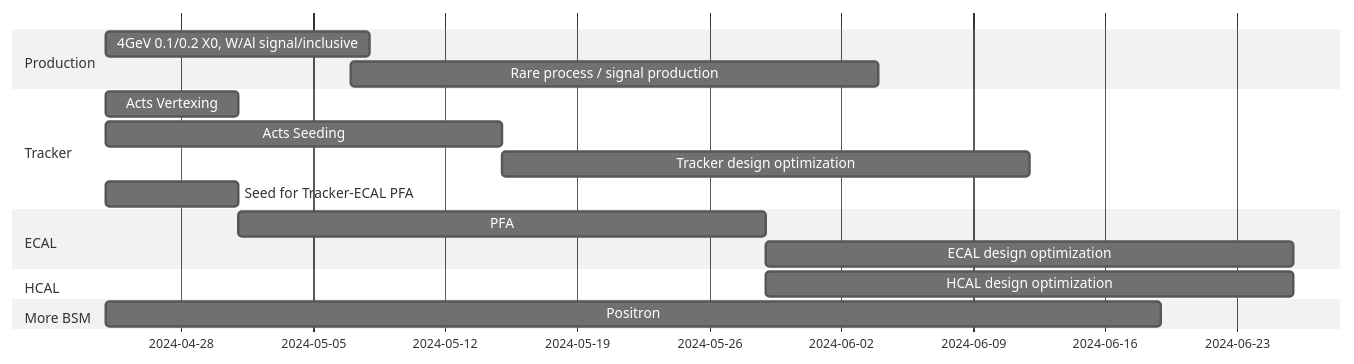
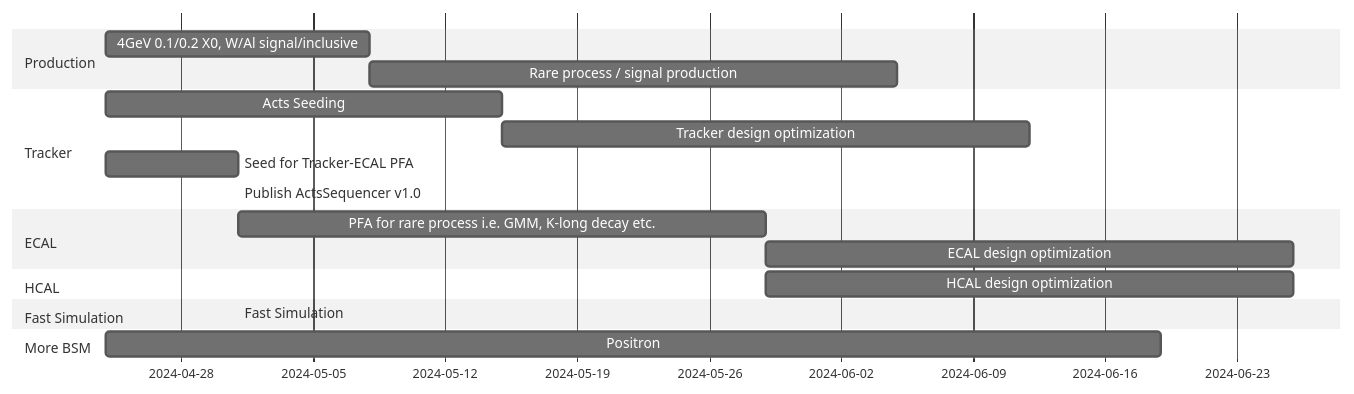
Before and after one commit to DarkSHINE-Slides-Xuliang/20240424-workshop: the third of 3 diagrams in example.md, drawn with Mermaid (neutral theme). The commit also changed other lines of this file, not shown here.

````diff
--- a/example.md
+++ b/example.md
@@ -374,19 +376,21 @@
 ```mermaid
 gantt
     dateFormat YYYY-MM-DD
     section Production
         4GeV 0.1/0.2 X0, W/Al signal/inclusive : 2024-04-24, 2w
-        Rare process / signal production : 2024-05-07, 4w
+        Rare process / signal production : 4w
     section Tracker
-        Acts Vertexing : a2, 2024-04-24, 1w
         Acts Seeding   : a1, 2024-04-24, 3w 
         Tracker design optimization : after a1, 4w
         Seed for Tracker-ECAL PFA :c1, 2024-04-24, 1w
+        Publish ActsSequencer v1.0: after c1, 1h
     section ECAL
-        PFA : c2, after c1, 4w
+        PFA for rare process i.e. GMM, K-long decay etc. : c2, after c1, 4w
         ECAL design optimization : c3, after c2, 4w
     section HCAL
         HCAL design optimization : after c2, 4w
+    section Fast Simulation
+        Fast Simulation : 2024-05-01
     section More BSM
         Positron :  2024-04-24, 8w
 ```
````
